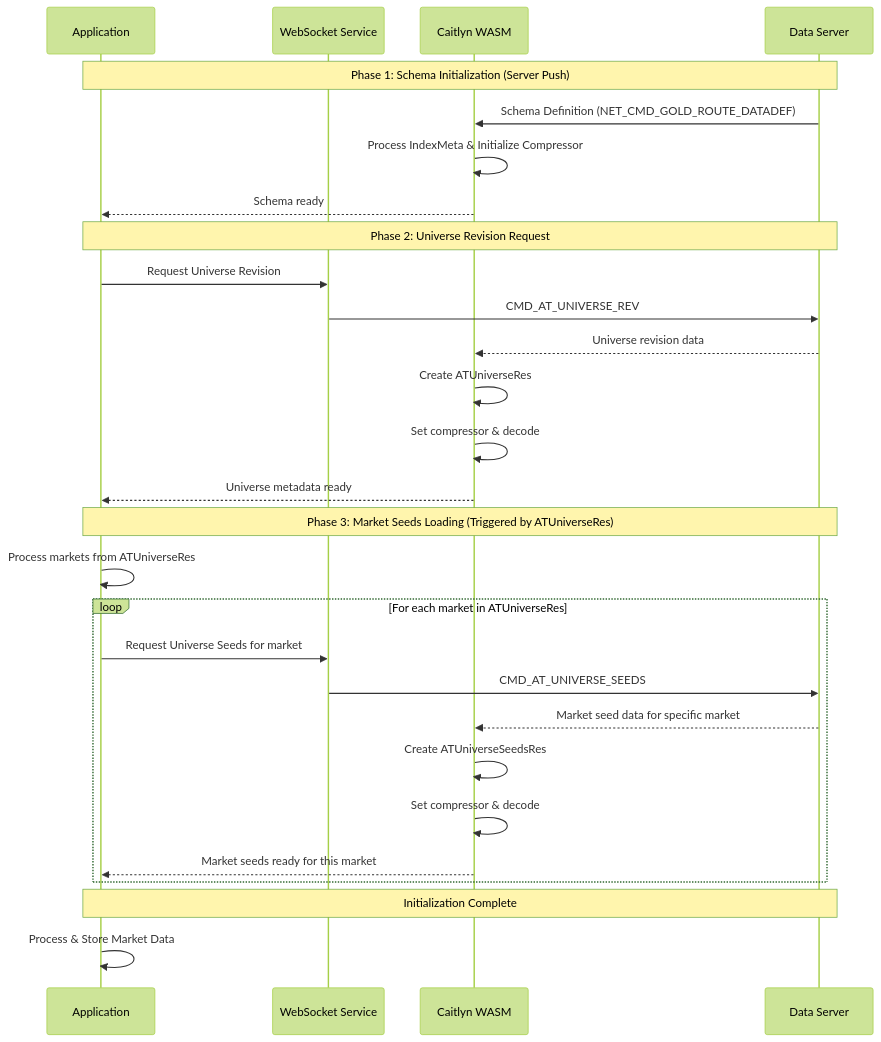
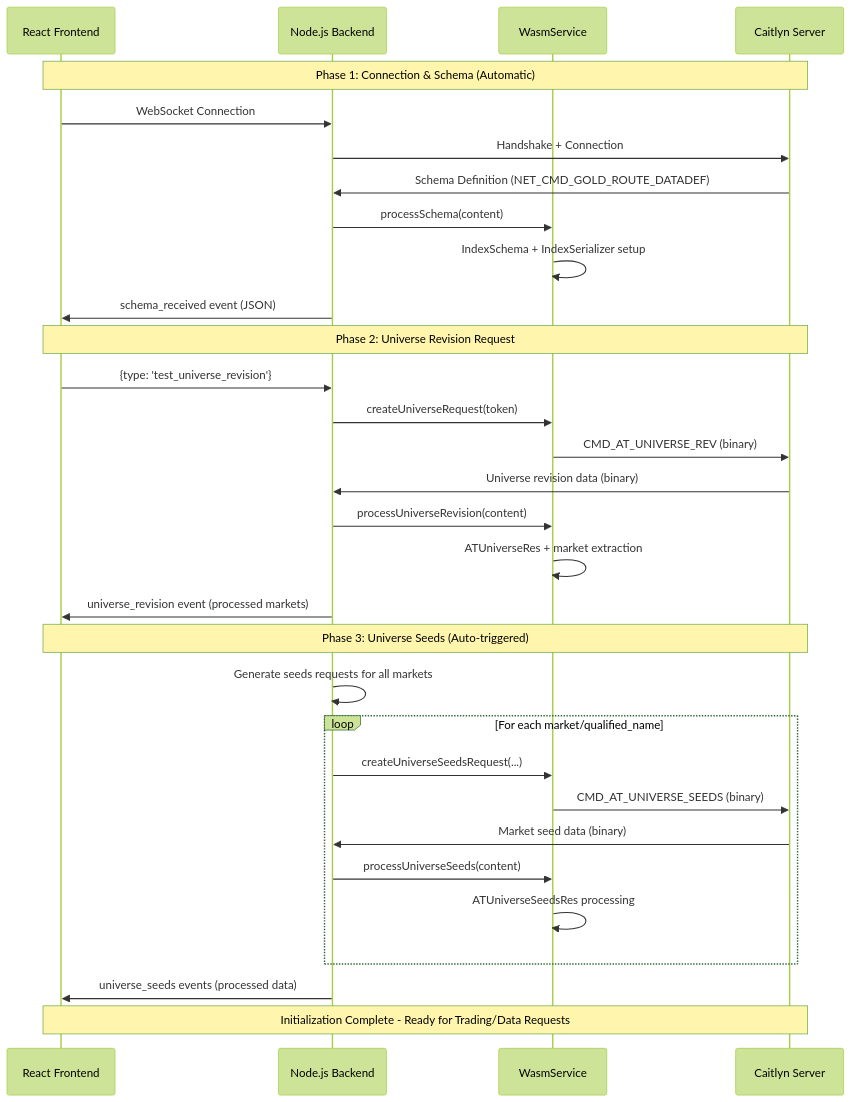
Before and after one commit to glacierx/mini-wolverine: the first of 2 diagrams in docs/UNIVERSE_INITIALIZATION.md, drawn with Mermaid (forest theme). The commit also changed other lines of this file and 5 other files, not shown here.

````diff
--- a/docs/UNIVERSE_INITIALIZATION.md
+++ b/docs/UNIVERSE_INITIALIZATION.md
@@ -48,34 +62,37 @@
 ```mermaid
 sequenceDiagram
-    participant App as Application
-    participant WS as WebSocket Service  
-    participant WASM as Caitlyn WASM
-    participant Server as Data Server
+    participant Frontend as React Frontend
+    participant Backend as Node.js Backend
+    participant WasmService as WasmService
+    participant CaitlynServer as Caitlyn Server
 
-    Note over App,Server: Phase 1: Schema Initialization (Server Push)
-    Server->>WASM: Schema Definition (NET_CMD_GOLD_ROUTE_DATADEF)
-    WASM->>WASM: Process IndexMeta & Initialize Compressor
-    WASM-->>App: Schema ready
+    Note over Frontend,CaitlynServer: Phase 1: Connection & Schema (Automatic)
+    Frontend->>Backend: WebSocket Connection
+    Backend->>CaitlynServer: Handshake + Connection
+    CaitlynServer->>Backend: Schema Definition (NET_CMD_GOLD_ROUTE_DATADEF)
+    Backend->>WasmService: processSchema(content)
+    WasmService->>WasmService: IndexSchema + IndexSerializer setup
+    Backend->>Frontend: schema_received event (JSON)
 
-    Note over App,Server: Phase 2: Universe Revision Request
-    App->>WS: Request Universe Revision
-    WS->>Server: CMD_AT_UNIVERSE_REV
-    Server-->>WASM: Universe revision data
-    WASM->>WASM: Create ATUniverseRes
-    WASM->>WASM: Set compressor & decode
-    WASM-->>App: Universe metadata ready
+    Note over Frontend,CaitlynServer: Phase 2: Universe Revision Request
+    Frontend->>Backend: {type: 'test_universe_revision'}
+    Backend->>WasmService: createUniverseRequest(token)
+    WasmService->>CaitlynServer: CMD_AT_UNIVERSE_REV (binary)
+    CaitlynServer->>Backend: Universe revision data (binary)
+    Backend->>WasmService: processUniverseRevision(content)
+    WasmService->>WasmService: ATUniverseRes + market extraction
+    Backend->>Frontend: universe_revision event (processed markets)
 
-    Note over App,Server: Phase 3: Market Seeds Loading (Triggered by ATUniverseRes)
-    App->>App: Process markets from ATUniverseRes
-    loop For each market in ATUniverseRes
-        App->>WS: Request Universe Seeds for market
-        WS->>Server: CMD_AT_UNIVERSE_SEEDS  
-        Server-->>WASM: Market seed data for specific market
-        WASM->>WASM: Create ATUniverseSeedsRes
-        WASM->>WASM: Set compressor & decode
-        WASM-->>App: Market seeds ready for this market
+    Note over Frontend,CaitlynServer: Phase 3: Universe Seeds (Auto-triggered)
+    Backend->>Backend: Generate seeds requests for all markets
+    loop For each market/qualified_name
+        Backend->>WasmService: createUniverseSeedsRequest(...)
+        WasmService->>CaitlynServer: CMD_AT_UNIVERSE_SEEDS (binary)
+        CaitlynServer->>Backend: Market seed data (binary)
+        Backend->>WasmService: processUniverseSeeds(content)
+        WasmService->>WasmService: ATUniverseSeedsRes processing
     end
+    Backend->>Frontend: universe_seeds events (processed data)
 
-    Note over App,Server: Initialization Complete
-    App->>App: Process & Store Market Data
+    Note over Frontend,CaitlynServer: Initialization Complete - Ready for Trading/Data Requests
 ```
````
